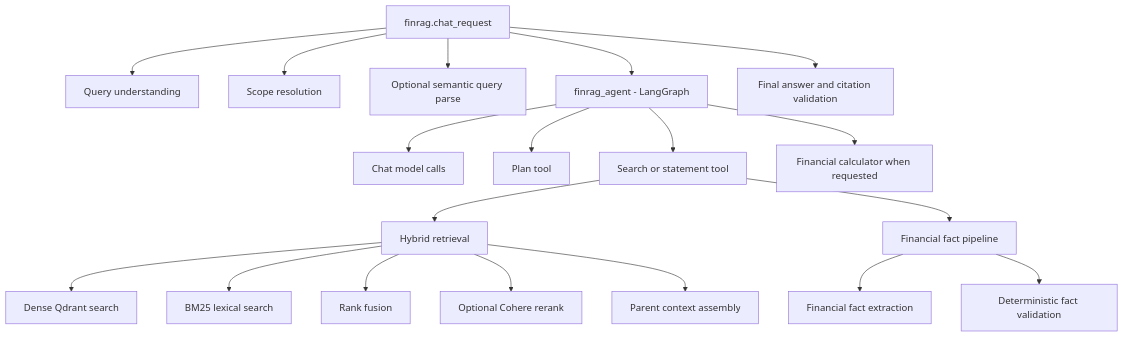
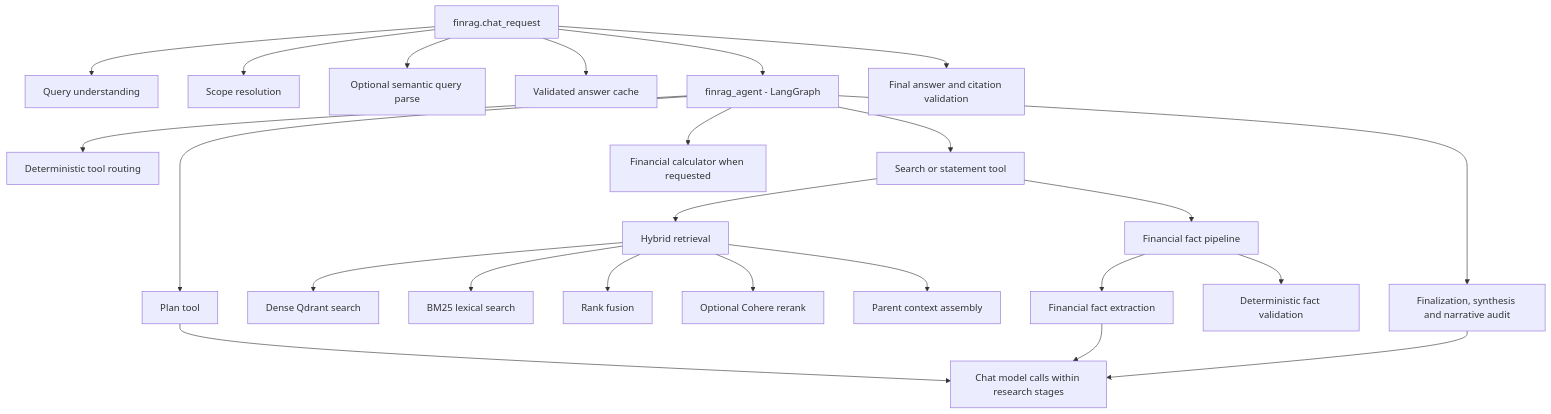
One commit to Maniyar07/FinRAG changed the diagram in finrag/OBSERVABILITY.md. Above: the diagram before and after it, drawn with Mermaid. The commit also changed other lines of this file and 9 other files, not shown here.

````diff
--- a/finrag/OBSERVABILITY.md
+++ b/finrag/OBSERVABILITY.md
@@ -36,21 +40,26 @@
 ```mermaid
 flowchart TD
     R[finrag.chat_request] --> Q[Query understanding]
     R --> S[Scope resolution]
     R --> SP[Optional semantic query parse]
+    R --> AC[Validated answer cache]
     R --> G[finrag_agent - LangGraph]
-    G --> M[Chat model calls]
+    G --> DR[Deterministic tool routing]
     G --> P[Plan tool]
     G --> T[Search or statement tool]
     T --> H[Hybrid retrieval]
     H --> D[Dense Qdrant search]
     H --> B[BM25 lexical search]
     H --> F[Rank fusion]
     H --> C[Optional Cohere rerank]
     H --> X[Parent context assembly]
     T --> FP[Financial fact pipeline]
     FP --> FE[Financial fact extraction]
     FP --> FV[Deterministic fact validation]
     G --> K[Financial calculator when requested]
+    G --> FA[Finalization, synthesis and narrative audit]
+    P --> M[Chat model calls within research stages]
+    FE --> M
+    FA --> M
     R --> A[Final answer and citation validation]
 ```
````
